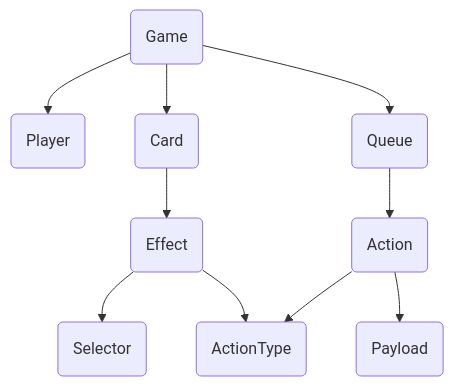
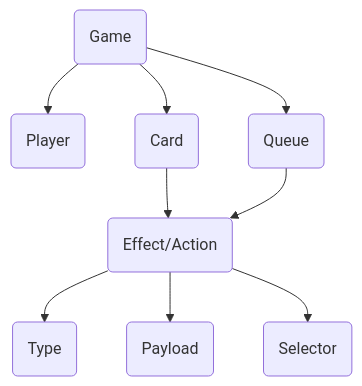
One commit to stephtelolahy/WildWestOnline changed the first of 6 diagrams in README.md. Above: the diagram before and after it, drawn with Mermaid. The commit also changed 4 other files, not shown here.

````diff
--- a/README.md
+++ b/README.md
@@ -31,12 +31,11 @@
 ```mermaid
 graph TD;
     GAME(Game) --> PLAYER(Player);
     GAME --> CARD(Card);
     GAME --> QUEUE(Queue);
-    QUEUE --> ACTION(Action);
-    ACTION --> ACTIONTYPE(ActionType);
+    CARD --> ACTION(Effect/Action);
+    QUEUE --> ACTION;
+    ACTION --> ACTIONTYPE(Type);
     ACTION --> PAYLOAD(Payload);
-    CARD --> EFFECT(Effect);
-    EFFECT --> SELECTOR(Selector);
-    EFFECT --> ACTIONTYPE;
+    ACTION --> SELECTOR(Selector);
 ```
````
